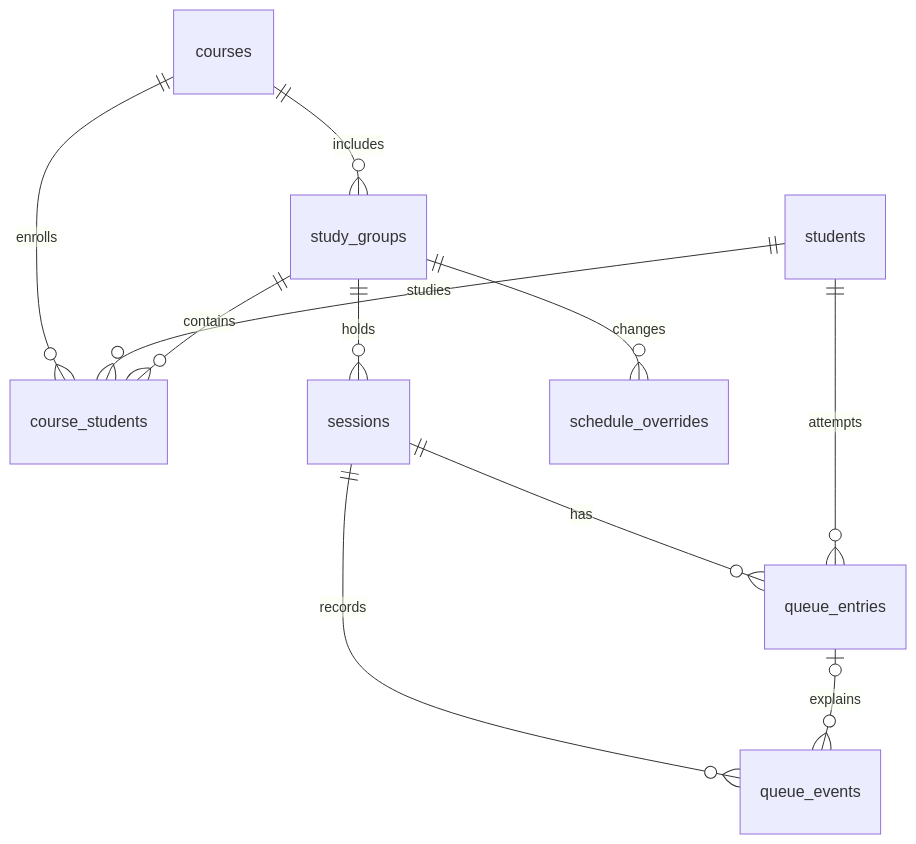
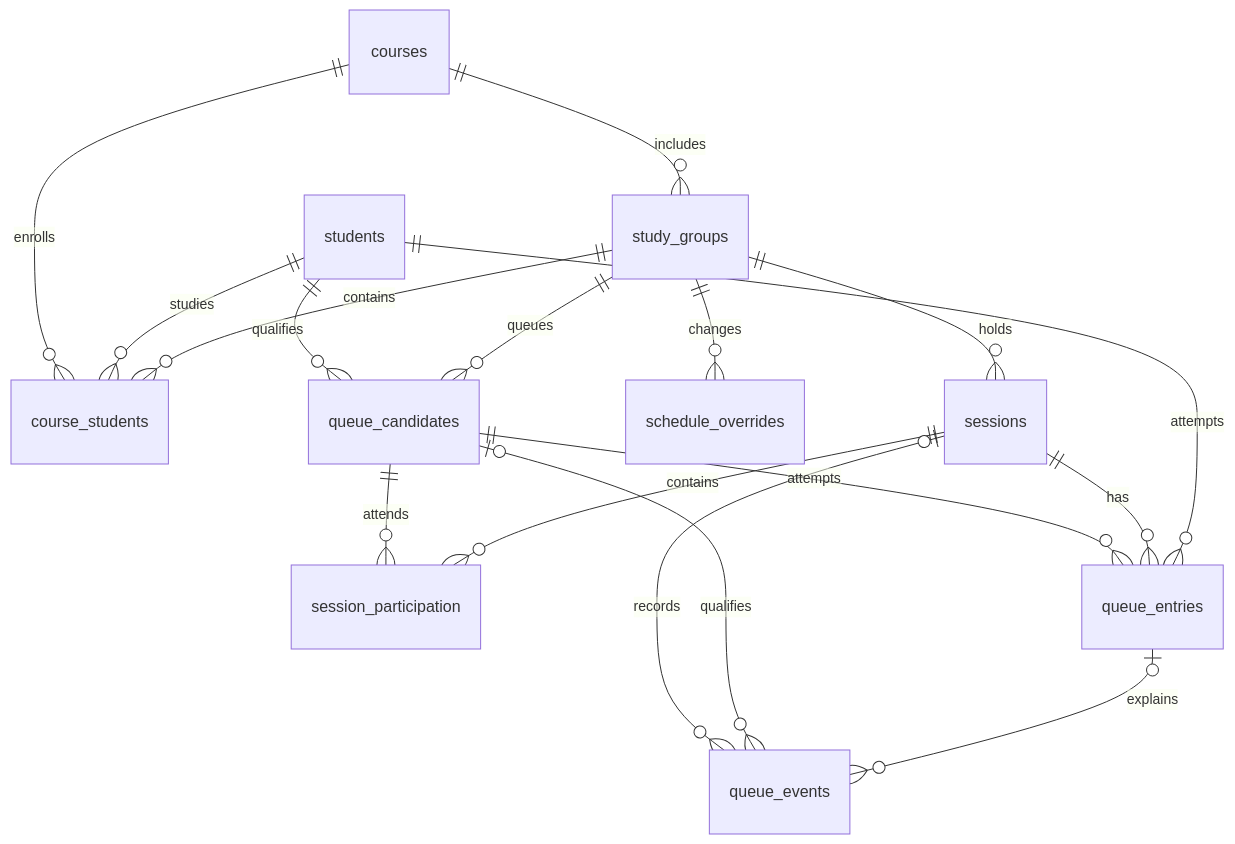
Before and after one commit to kotysheff/lab-grader-suaios: the diagram in docs/adr/0002-sqlite-storage.md, drawn with Mermaid. The commit also changed other lines of this file and 84 other files, not shown here.

Commit message:
Revise queue study criteria, model set and attendance ADRs

````diff
--- a/docs/adr/0002-sqlite-storage.md
+++ b/docs/adr/0002-sqlite-storage.md
@@ -35,13 +35,19 @@
 ```mermaid
 erDiagram
     courses ||--o{ study_groups : includes
     courses ||--o{ course_students : enrolls
     students ||--o{ course_students : studies
     study_groups ||--o{ course_students : contains
     study_groups ||--o{ sessions : holds
     study_groups ||--o{ schedule_overrides : changes
+    students ||--o{ queue_candidates : qualifies
+    study_groups ||--o{ queue_candidates : queues
+    queue_candidates ||--o{ session_participation : attends
+    sessions ||--o{ session_participation : contains
+    queue_candidates ||--o{ queue_entries : attempts
     sessions ||--o{ queue_entries : has
     students ||--o{ queue_entries : attempts
-    sessions ||--o{ queue_events : records
+    sessions o|--o{ queue_events : records
+    queue_candidates o|--o{ queue_events : qualifies
     queue_entries o|--o{ queue_events : explains
 ```
````
